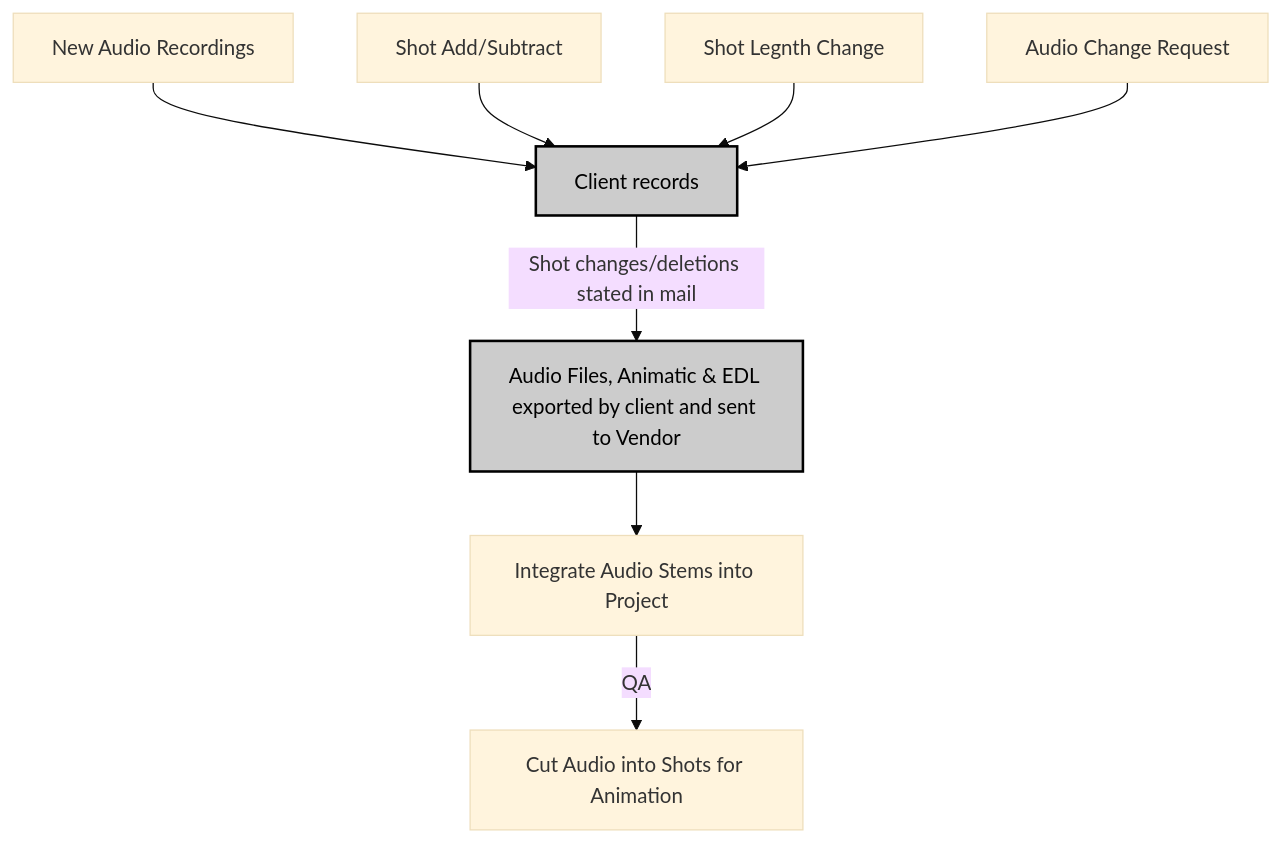
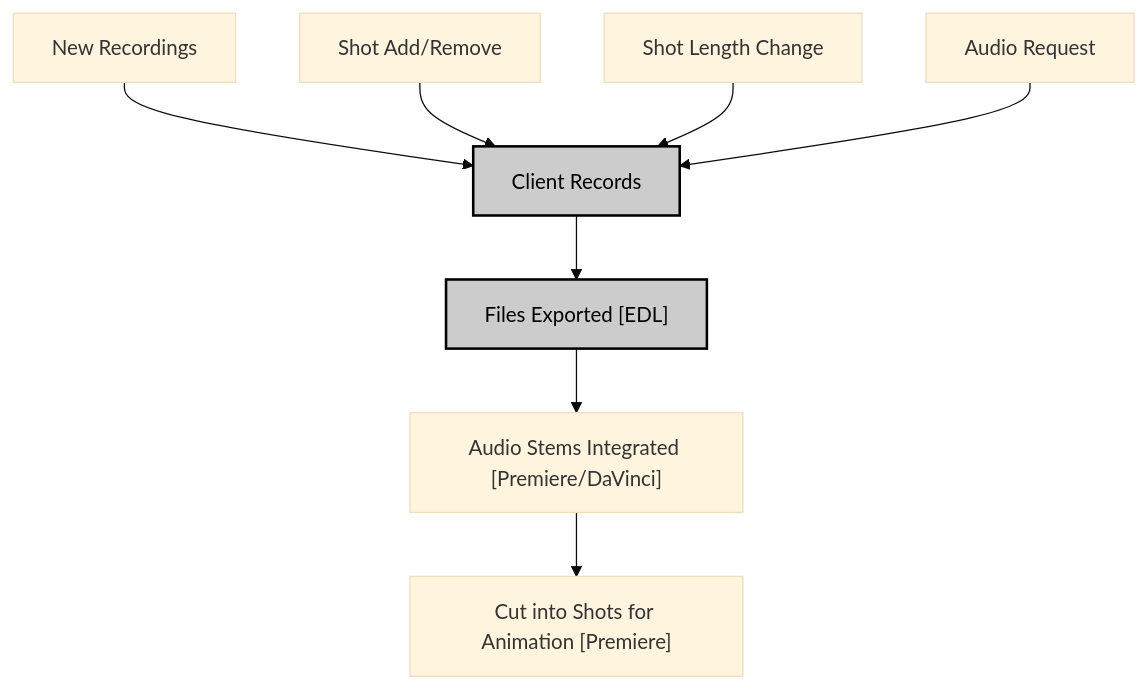
One commit to diamond-one/hybrid-AI-animated-shorts-pipeline changed the diagram in audio-change-process.md. Above: the diagram before and after it, drawn with Mermaid (base theme). The commit also changed 7 other files, not shown here.

````diff
--- a/audio-change-process.md
+++ b/audio-change-process.md
@@ -3,23 +3,24 @@
 ```mermaid
 flowchart TD
-    node0["New Audio Recordings"]
-    node0a["Shot Add/Subtract"]
-    node0b["Shot Legnth Change"]
-    node1["Audio Change Request"]
-    node2["Client records"]
-    node3["Audio Files, Animatic & EDL exported by client and sent to Vendor"]
-    node4["Integrate Audio Stems into Project"]
-    node5["Cut Audio into Shots for Animation"]
+    node0["New Recordings"]
+    node0a["Shot Add/Remove"]
+    node0b["Shot Length Change"]
+    node1["Audio Request"]
+    node2["Client Records"]
+    node3["Files Exported [EDL]"]
+    node4["Audio Stems Integrated [Premiere/DaVinci]"]
+    node5["Cut into Shots for Animation [Premiere]"]
 
     node0 --> node2
     node0a --> node2
     node0b --> node2
     node1 --> node2
-    node2 --Shot changes/deletions stated in mail --> node3
+    node2 --> node3
     node3 --> node4
-    node4 -- QA--> node5
+    node4 --> node5
+
 
     classDef note fill:#ccc,stroke:#000,stroke-width:2px,color:#000;
     class node2,node3 note;
 
 ```
````
